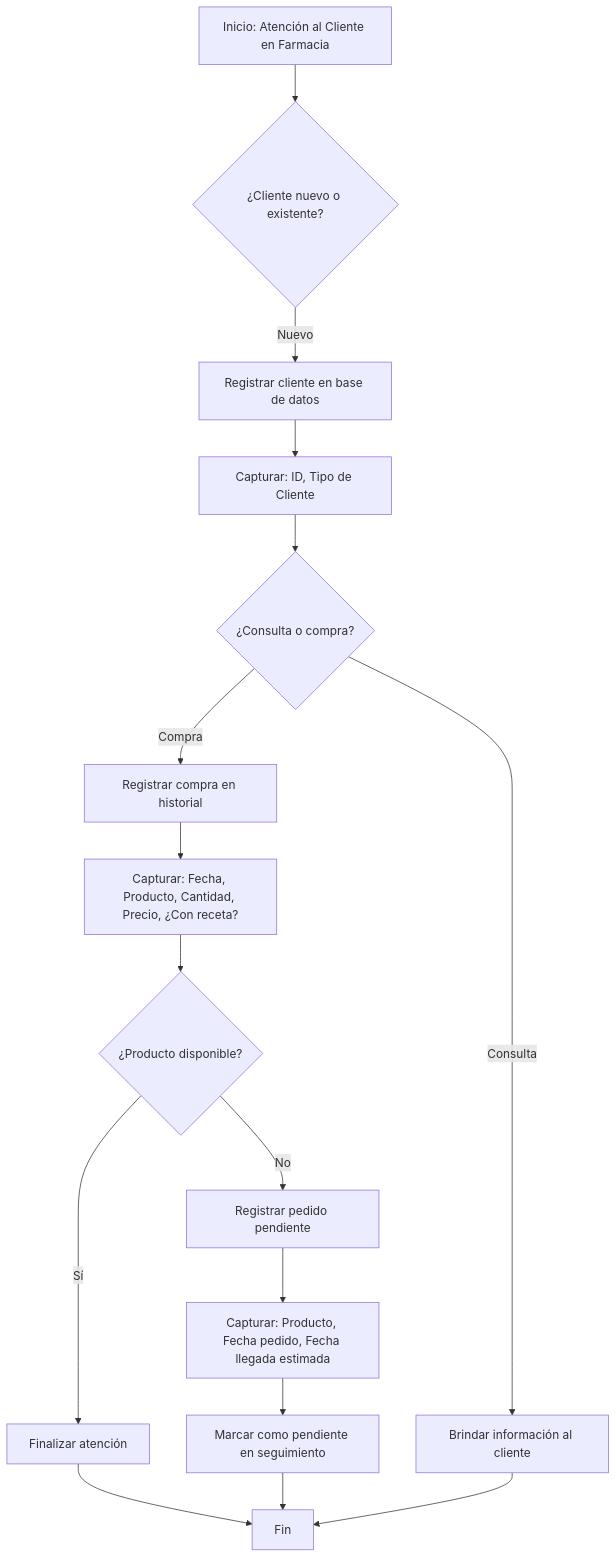
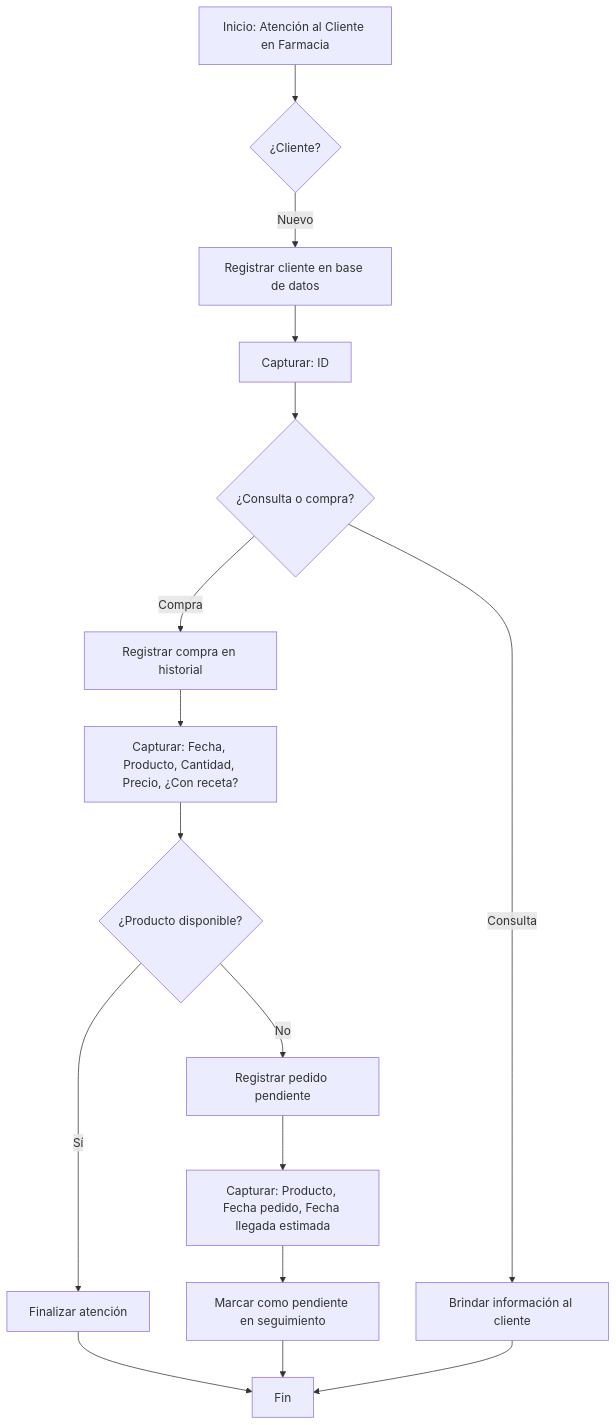
One commit to bererivcp/proceso_farmacia.md changed the diagram in proceso_farmacia.md. Above: the diagram before and after it, drawn with Mermaid.

````diff
--- a/proceso_farmacia.md
+++ b/proceso_farmacia.md
@@ -3,26 +3,26 @@
 ```mermaid
 flowchart TD
-    A[Inicio: Atención al Cliente en Farmacia] --> B{¿Cliente nuevo o existente?}
+    A[Inicio: Atención al Cliente en Farmacia] --> B{¿Cliente?}
 
     B -- Nuevo --> C[Registrar cliente en base de datos]
-    C --> D[Capturar: ID, Tipo de Cliente]
+    C --> D[Capturar: ID]
     D --> F{¿Consulta o compra?}
 
     F -- Consulta --> G[Brindar información al cliente]
 
     F -- Compra --> H[Registrar compra en historial]
     H --> I[Capturar: Fecha, Producto, Cantidad, Precio, ¿Con receta?]
 
     I --> J{¿Producto disponible?}
 
     J -- Sí --> K[Finalizar atención]
 
     J -- No --> L[Registrar pedido pendiente]
     L --> M[Capturar: Producto, Fecha pedido, Fecha llegada estimada]
     M --> N[Marcar como pendiente en seguimiento]
 
     K --> O[Fin]
     N --> O
     G --> O
 
 ```
````
